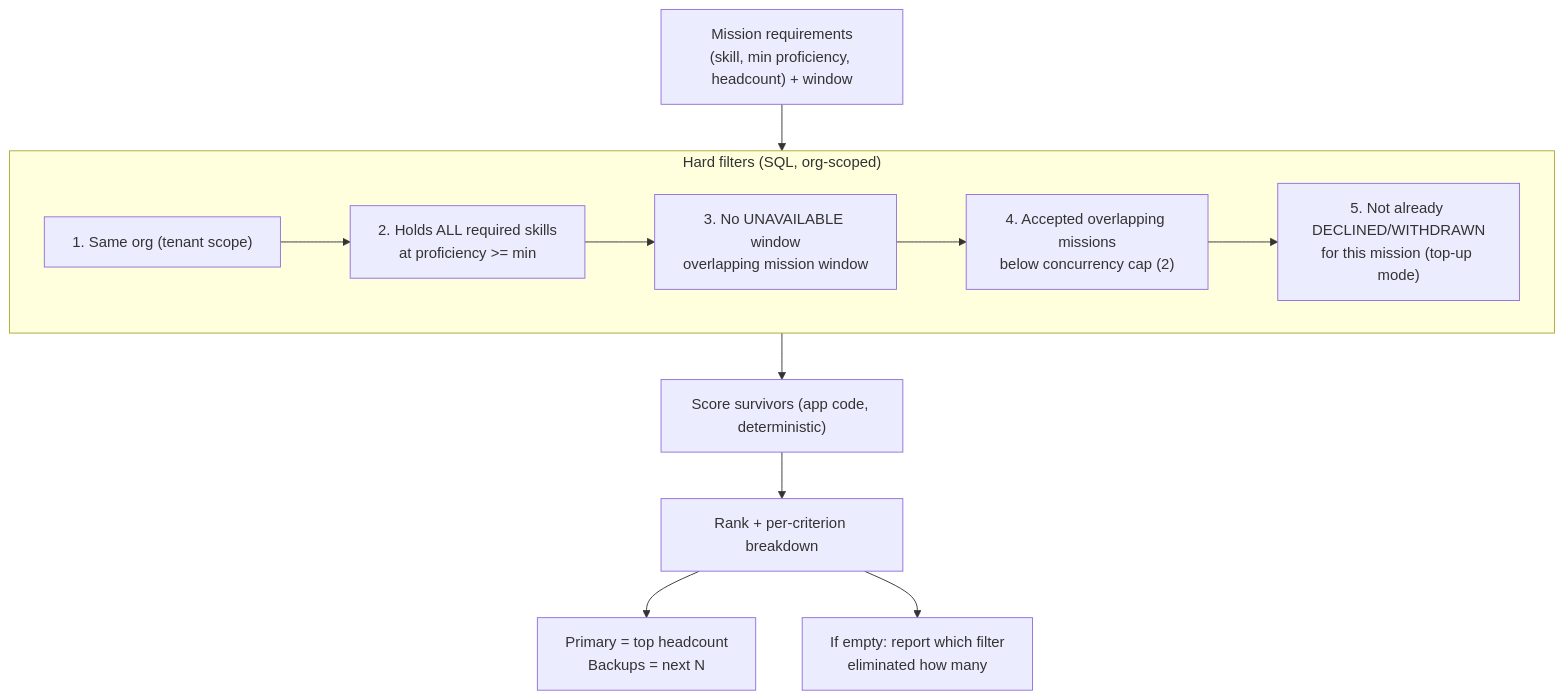
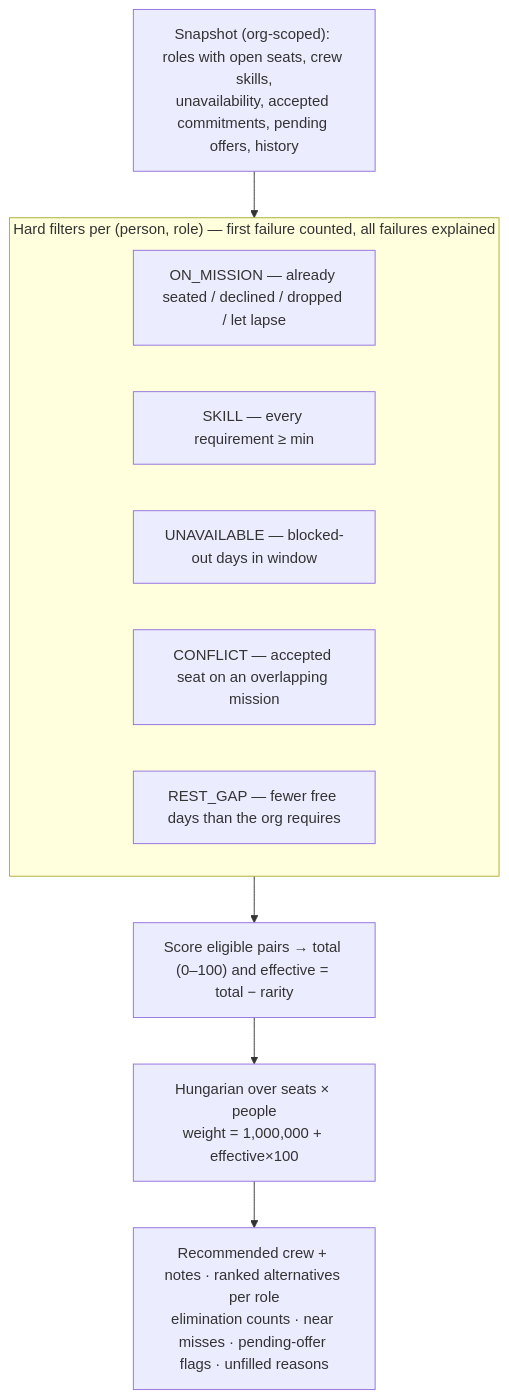
The fifth of 5 diagrams in DESIGN.md (shubhmehta3121/mission-control), drawn with Mermaid before and after one commit. The commit also changed other lines of this file, not shown here.

Commit message:
docs: design v2 for roles, nominations, and matcher

````diff
--- a/DESIGN.md
+++ b/DESIGN.md
@@ -269,16 +379,14 @@
 ```mermaid
 flowchart TD
-    A["Mission requirements<br/>(skill, min proficiency, headcount) + window"] --> B
-    subgraph B["Hard filters (SQL, org-scoped)"]
-      F1["1. Same org (tenant scope)"]
-      F2["2. Holds ALL required skills<br/>at proficiency >= min"]
-      F3["3. No UNAVAILABLE window<br/>overlapping mission window"]
-      F4["4. Accepted overlapping missions<br/>below concurrency cap (2)"]
-      F5["5. Not already DECLINED/WITHDRAWN<br/>for this mission (top-up mode)"]
-      F1 --> F2 --> F3 --> F4 --> F5
+    A["Snapshot (org-scoped): roles with open seats, crew skills,<br/>unavailability, accepted commitments, pending offers, history"] --> F
+    subgraph F["Hard filters per (person, role) — first failure counted, all failures explained"]
+      F1["ON_MISSION — already seated / declined / dropped / let lapse"]
+      F2["SKILL — every requirement ≥ min"]
+      F3["UNAVAILABLE — blocked-out days in window"]
+      F4["CONFLICT — accepted seat on an overlapping mission"]
+      F5["REST_GAP — fewer free days than the org requires"]
     end
-    B --> C["Score survivors (app code, deterministic)"]
-    C --> D["Rank + per-criterion breakdown"]
-    D --> E["Primary = top headcount<br/>Backups = next N"]
-    D --> F["If empty: report which filter<br/>eliminated how many"]
+    F --> S["Score eligible pairs → total (0–100) and effective = total − rarity"]
+    S --> H["Hungarian over seats × people<br/>weight = 1,000,000 + effective×100"]
+    H --> R["Recommended crew + notes · ranked alternatives per role<br/>elimination counts · near misses · pending-offer flags · unfilled reasons"]
 ```
````
